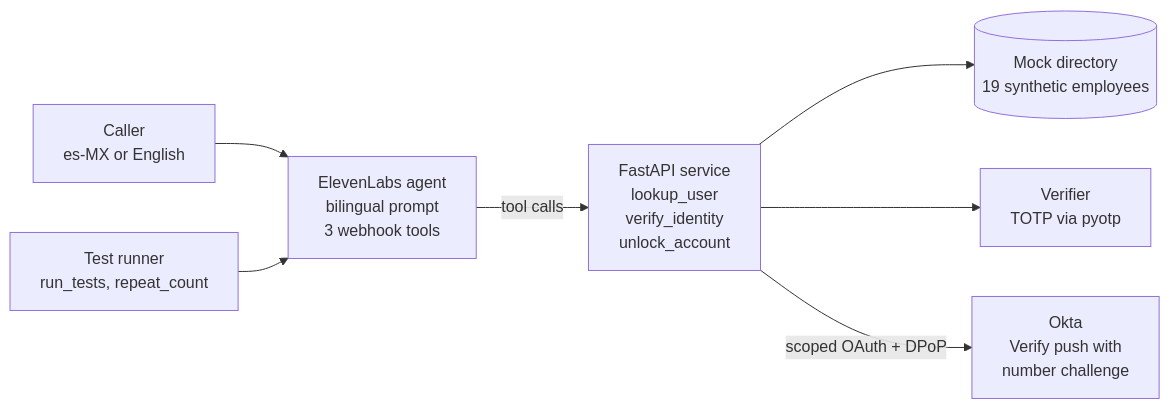
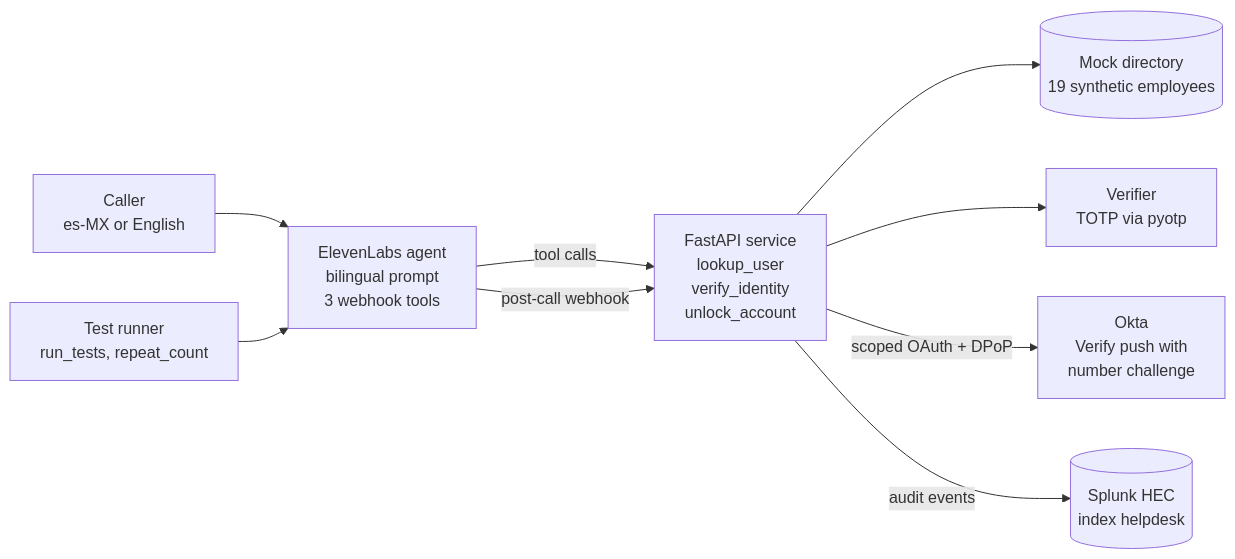
The diagram in README.md (carlosadelavega/mande-voice-agent), drawn with Mermaid before and after one commit. The commit also changed other lines of this file and 14 other files, not shown here.

First line of the commit message:
Send security events to Splunk: server audit events and post-call webhook summaries

````diff
--- a/README.md
+++ b/README.md
@@ -64,9 +65,11 @@
 ```mermaid
 flowchart LR
     caller[Caller<br/>es-MX or English] --> agent[ElevenLabs agent<br/>bilingual prompt<br/>3 webhook tools]
     agent -- tool calls --> api[FastAPI service<br/>lookup_user<br/>verify_identity<br/>unlock_account]
     api --> dir[(Mock directory<br/>19 synthetic employees)]
     api --> totp[Verifier<br/>TOTP via pyotp]
     api -- scoped OAuth + DPoP --> okta[Okta<br/>Verify push with<br/>number challenge]
+    api -- audit events --> splunk[(Splunk HEC<br/>index helpdesk)]
+    agent -- post-call webhook --> api
     runner[Test runner<br/>run_tests, repeat_count] --> agent
 ```
````
